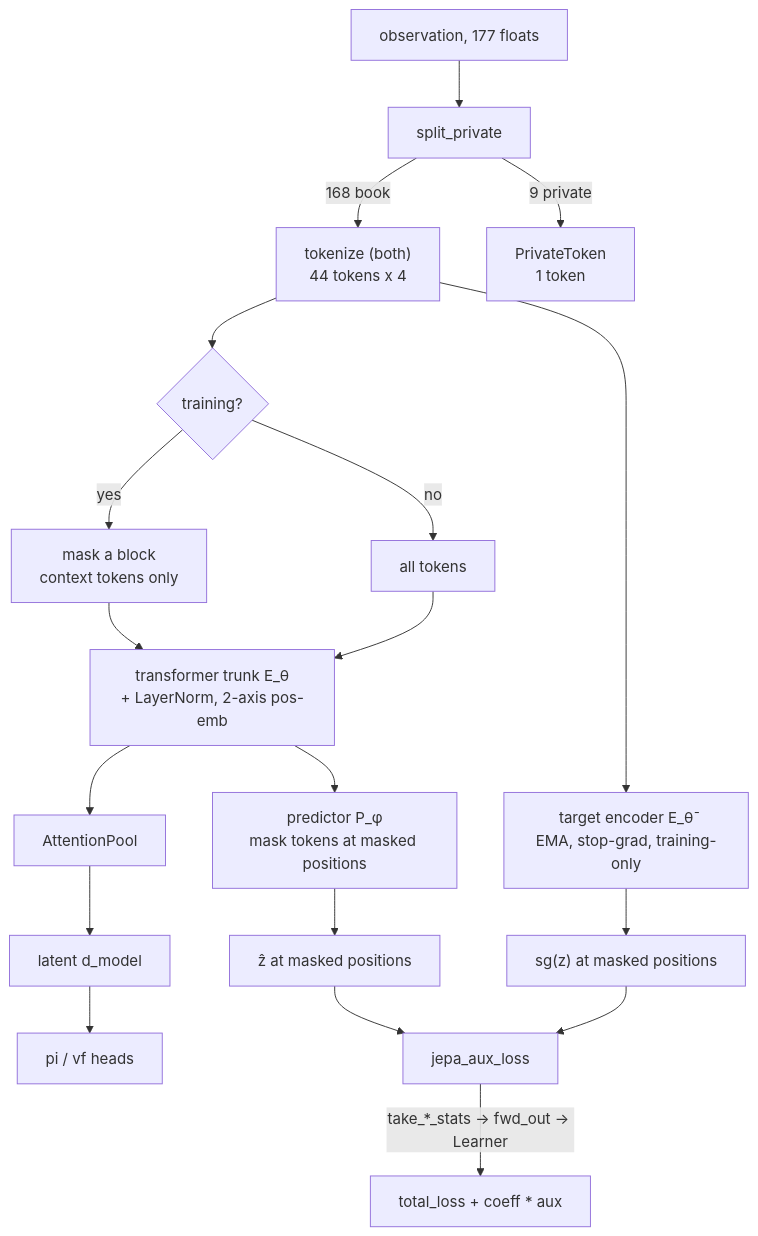
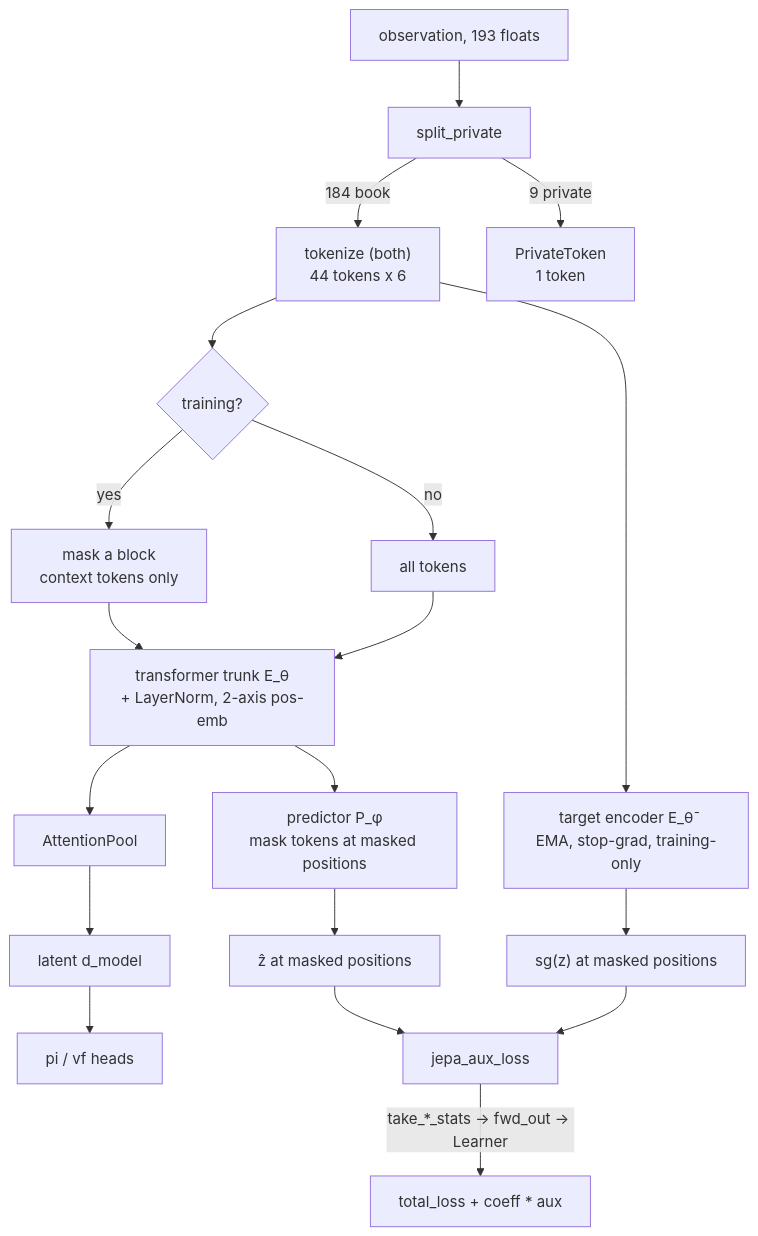
One commit to ChuaCheowHuan/gym-continuousDoubleAuction changed the third of 4 diagrams in doc/22_jepa_integration.md. Above: the diagram before and after it, drawn with Mermaid. The commit also changed other lines of this file and 23 other files, not shown here.

````diff
--- a/doc/22_jepa_integration.md
+++ b/doc/22_jepa_integration.md
@@ -312,19 +312,19 @@
 ```mermaid
 flowchart TD
-    OBS["observation, 177 floats"] --> SPLIT["split_private"]
-    SPLIT -->|"168 book"| TOK["tokenize (both)<br/>44 tokens x 4"]
+    OBS["observation, 193 floats"] --> SPLIT["split_private"]
+    SPLIT -->|"184 book"| TOK["tokenize (both)<br/>44 tokens x 6"]
     SPLIT -->|"9 private"| PTOK["PrivateToken<br/>1 token"]
     TOK --> MASK{"training?"}
     MASK -->|"yes"| CTX["mask a block<br/>context tokens only"]
     MASK -->|"no"| FULL["all tokens"]
     CTX --> ENC["transformer trunk E_θ<br/>+ LayerNorm, 2-axis pos-emb"]
     FULL --> ENC
     TOK --> TENC["target encoder E_θ̄<br/>EMA, stop-grad, training-only"]
     ENC --> POOL["AttentionPool"] --> LAT["latent d_model"] --> HEADS["pi / vf heads"]
     ENC --> PRED["predictor P_φ<br/>mask tokens at masked positions"]
     PRED --> ZP["ẑ at masked positions"]
     TENC --> ZT["sg(z) at masked positions"]
     ZP --> AUX["jepa_aux_loss"]
     ZT --> AUX
     AUX -->|"take_*_stats -> fwd_out -> Learner"| OPT["total_loss + coeff * aux"]
 ```
````
